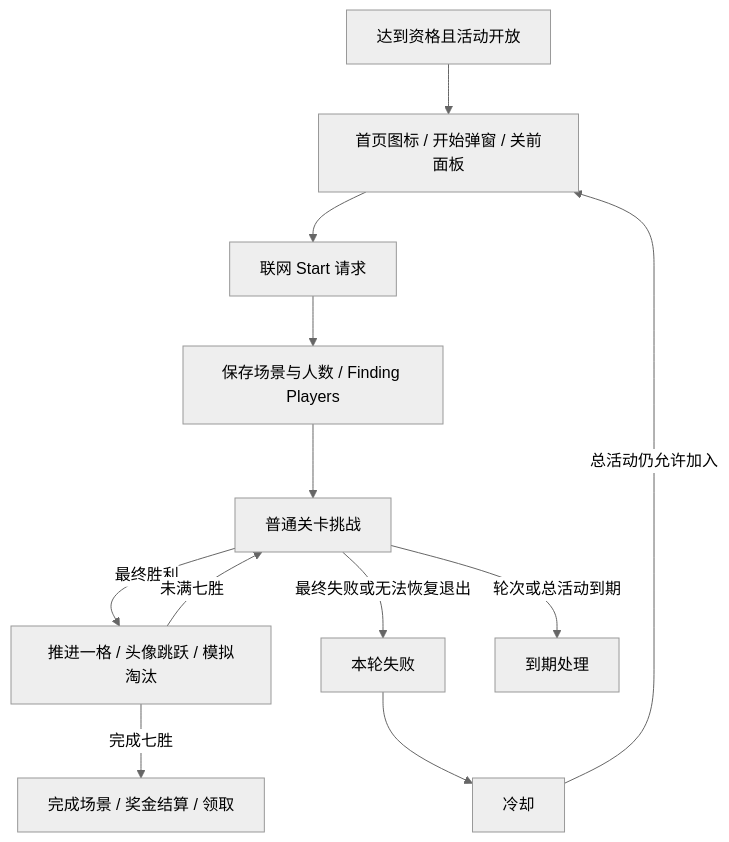
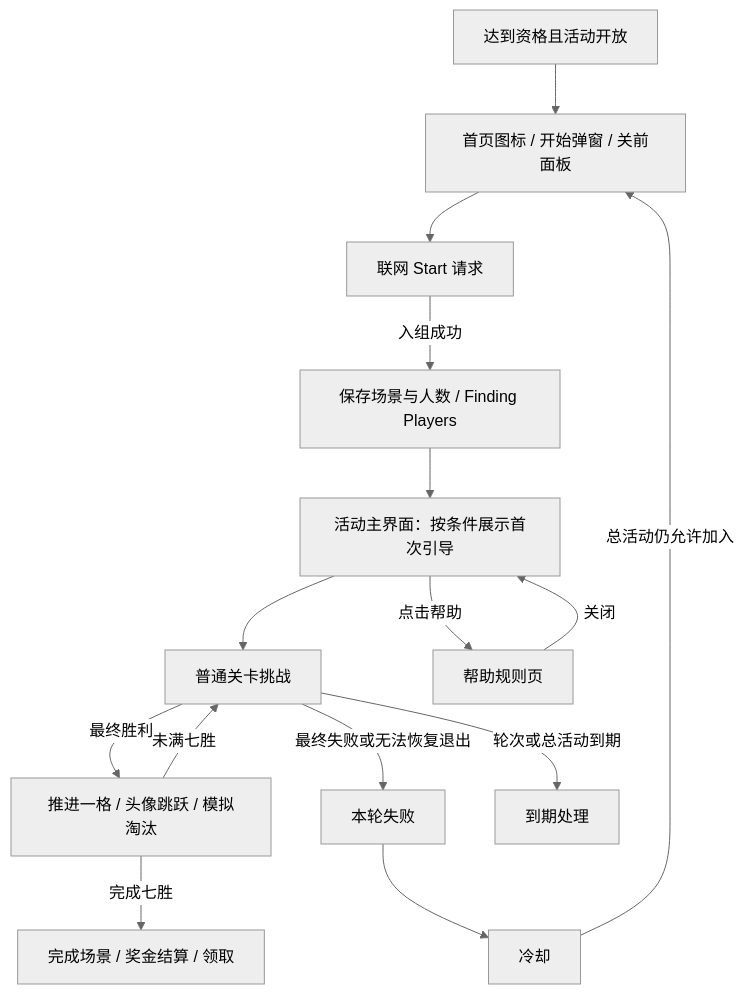
Before and after one commit to njbyxqw/LibraryG: the diagram in 02-PROJECTS/产品分析/Royal Match/活动/Lava Quest/README.md, drawn with Mermaid (neutral theme). The commit also changed other lines of this file and 12 other files, not shown here.

````diff
--- a/02-PROJECTS/产品分析/Royal Match/活动/Lava Quest/README.md
+++ b/02-PROJECTS/产品分析/Royal Match/活动/Lava Quest/README.md
@@ -45,14 +47,17 @@
 ```mermaid
 flowchart TD
     A[达到资格且活动开放] --> B[首页图标 / 开始弹窗 / 关前面板]
     B --> C[联网 Start 请求]
-    C --> D[保存场景与人数 / Finding Players]
-    D --> E[普通关卡挑战]
+    C -->|入组成功| D[保存场景与人数 / Finding Players]
+    D --> M[活动主界面：按条件展示首次引导]
+    M --> E[普通关卡挑战]
+    M -->|点击帮助| N[帮助规则页]
+    N -->|关闭| M
     E -->|最终胜利| F[推进一格 / 头像跳跃 / 模拟淘汰]
     F -->|未满七胜| E
     F -->|完成七胜| G[完成场景 / 奖金结算 / 领取]
     E -->|最终失败或无法恢复退出| H[本轮失败]
     H --> I[冷却]
     I -->|总活动仍允许加入| B
     E -->|轮次或总活动到期| J[到期处理]
 ```
````
